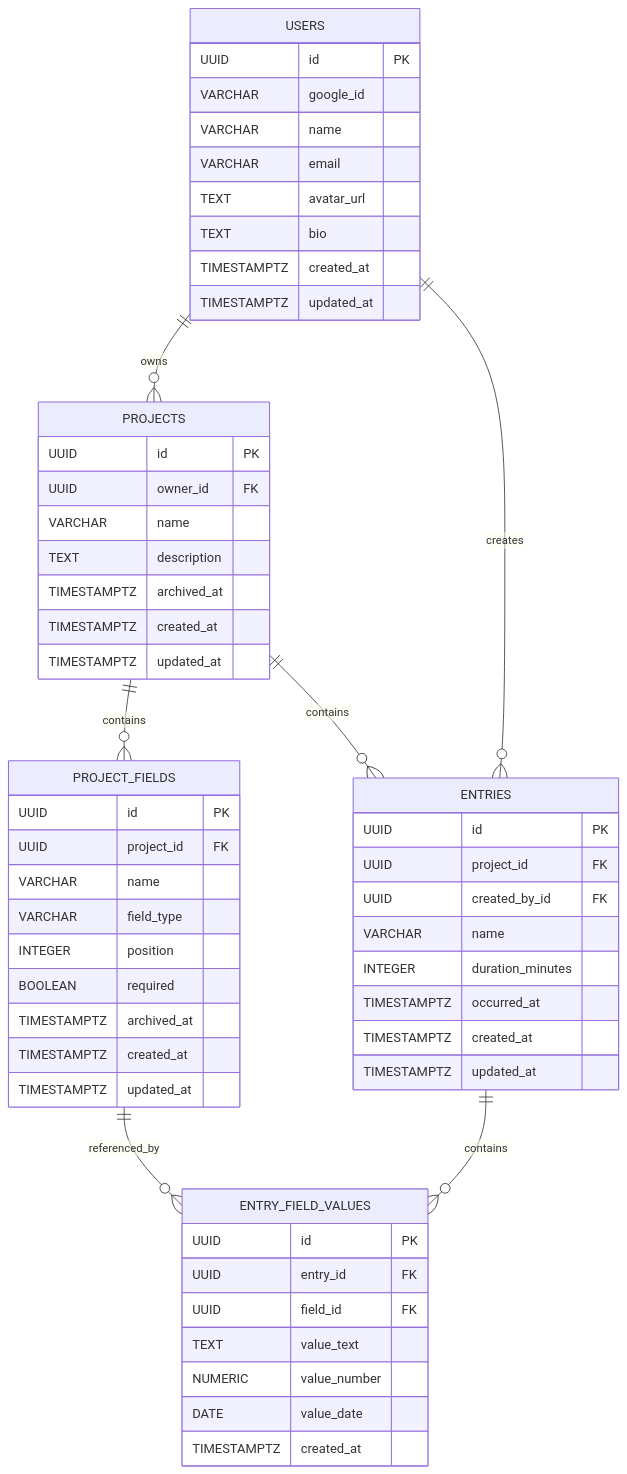
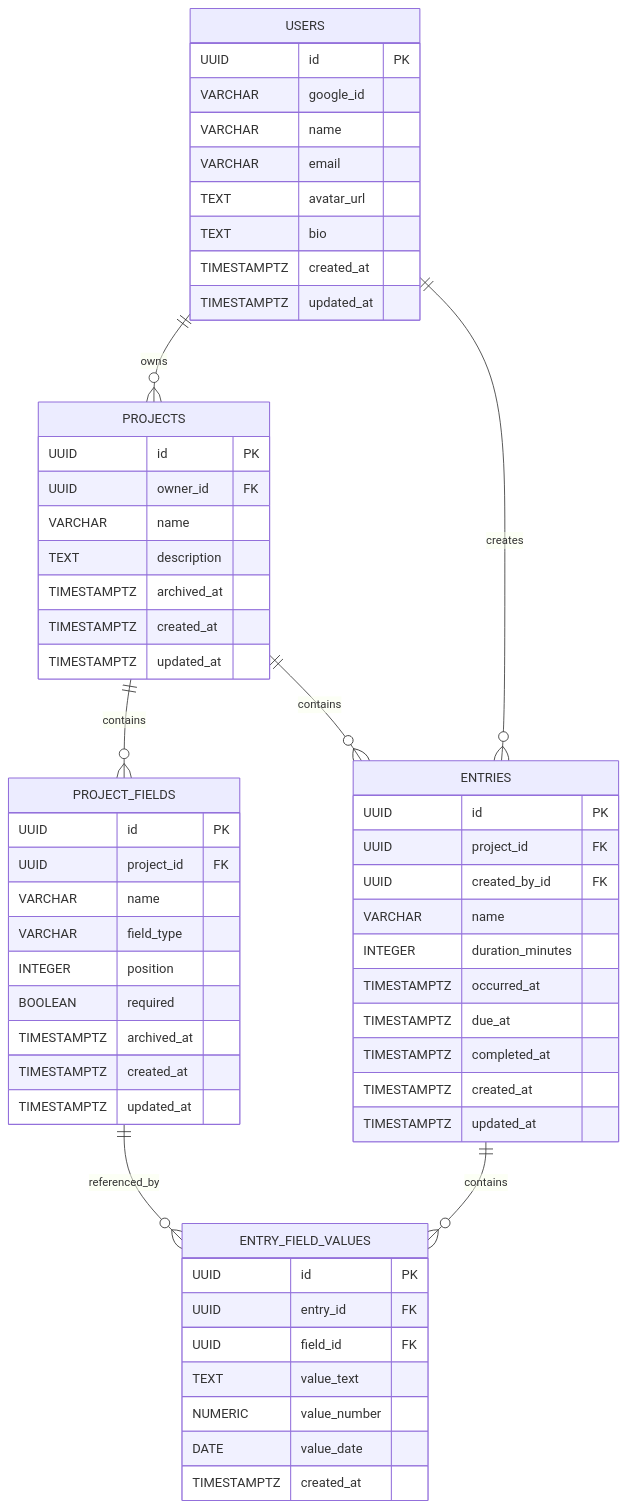
Before and after one commit to bethuelsteven159-rgb/digital-logbook-deploy: the diagram in docs/DATABASE.md, drawn with Mermaid. The commit also changed other lines of this file and 4 other files, not shown here.

````diff
--- a/docs/DATABASE.md
+++ b/docs/DATABASE.md
@@ -9,63 +9,65 @@
 ```mermaid
 erDiagram
     USERS ||--o{ PROJECTS : owns
     PROJECTS ||--o{ PROJECT_FIELDS : contains
     PROJECTS ||--o{ ENTRIES : contains
     ENTRIES ||--o{ ENTRY_FIELD_VALUES : contains
     PROJECT_FIELDS ||--o{ ENTRY_FIELD_VALUES : referenced_by
     USERS ||--o{ ENTRIES : creates
 
     USERS {
         UUID id PK
         VARCHAR google_id
         VARCHAR name
         VARCHAR email
         TEXT avatar_url
         TEXT bio
         TIMESTAMPTZ created_at
         TIMESTAMPTZ updated_at
     }
 
     PROJECTS {
         UUID id PK
         UUID owner_id FK
         VARCHAR name
         TEXT description
         TIMESTAMPTZ archived_at
         TIMESTAMPTZ created_at
         TIMESTAMPTZ updated_at
     }
 
     PROJECT_FIELDS {
         UUID id PK
         UUID project_id FK
         VARCHAR name
         VARCHAR field_type
         INTEGER position
         BOOLEAN required
         TIMESTAMPTZ archived_at
         TIMESTAMPTZ created_at
         TIMESTAMPTZ updated_at
     }
 
     ENTRIES {
         UUID id PK
         UUID project_id FK
         UUID created_by_id FK
         VARCHAR name
         INTEGER duration_minutes
         TIMESTAMPTZ occurred_at
+        TIMESTAMPTZ due_at
+        TIMESTAMPTZ completed_at
         TIMESTAMPTZ created_at
         TIMESTAMPTZ updated_at
     }
 
     ENTRY_FIELD_VALUES {
         UUID id PK
         UUID entry_id FK
         UUID field_id FK
         TEXT value_text
         NUMERIC value_number
         DATE value_date
         TIMESTAMPTZ created_at
     }
 ```
````
